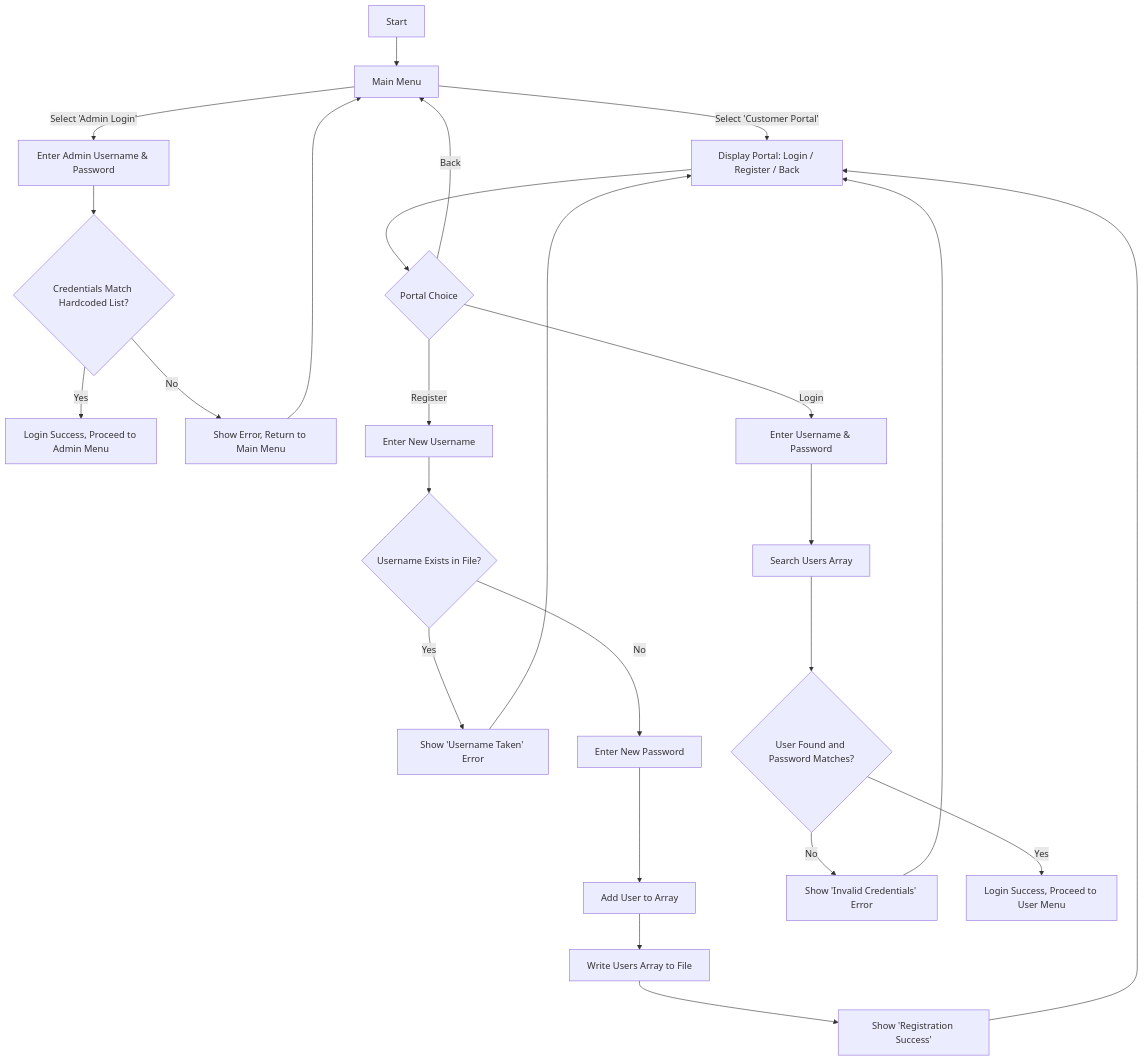
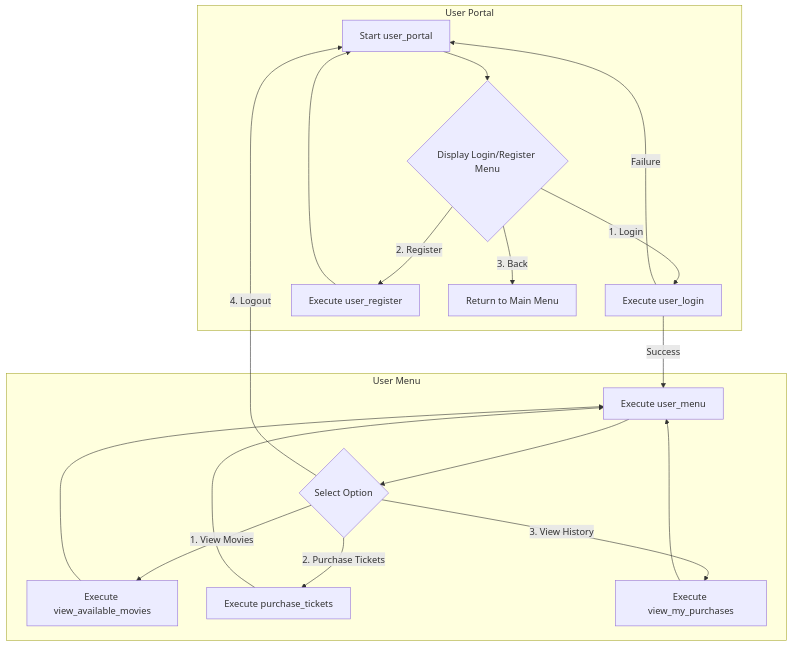
One commit to QUENJiX/test.github.io changed the third of 4 diagrams in README.md. Above: the diagram before and after it, drawn with Mermaid. The commit also changed other lines of this file, not shown here.

````diff
--- a/README.md
+++ b/README.md
@@ -373,31 +272,23 @@
 ```mermaid
 graph TD
-    A[Start] --> B[Main Menu]
-    B -->|Select 'Admin Login'| C[Enter Admin Username & Password]
-    B -->|Select 'Customer Portal'| D[Display Portal: Login / Register / Back]
+    subgraph User Portal
+        A[Start user_portal] --> B{Display Login/Register Menu}
+        B -->|1. Login| C[Execute user_login]
+        B -->|2. Register| D[Execute user_register]
+        B -->|3. Back| E[Return to Main Menu]
+        D --> A
+    end
 
-    C --> E{Credentials Match Hardcoded List?}
-    E -->|Yes| F[Login Success, Proceed to Admin Menu]
-    E -->|No| G[Show Error, Return to Main Menu]
-    G --> B
-
-    D --> H{Portal Choice}
-    H -->|Register| I[Enter New Username]
-    H -->|Login| J[Enter Username & Password]
-    H -->|Back| B
-
-    I --> K{Username Exists in File?}
-    K -->|Yes| L[Show 'Username Taken' Error]
-    L --> D
-    K -->|No| M[Enter New Password]
-    M --> N[Add User to Array]
-    N --> O[Write Users Array to File]
-    O --> P[Show 'Registration Success']
-    P --> D
-
-    J --> Q[Search Users Array]
-    Q --> R{User Found and Password Matches?}
-    R -->|No| S[Show 'Invalid Credentials' Error]
-    S --> D
-    R -->|Yes| T[Login Success, Proceed to User Menu]
+    subgraph User Menu
+        C -- Success --> F[Execute user_menu]
+        C -- Failure --> A
+        F --> G{Select Option}
+        G -->|1. View Movies| H[Execute view_available_movies]
+        G -->|2. Purchase Tickets| I[Execute purchase_tickets]
+        G -->|3. View History| J[Execute view_my_purchases]
+        G -->|4. Logout| A
+        H --> F
+        I --> F
+        J --> F
+    end
 ```
````
